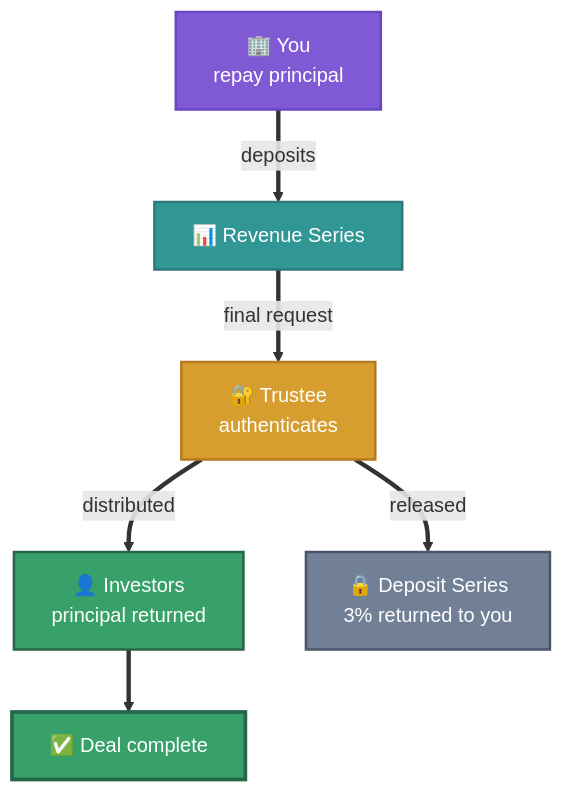
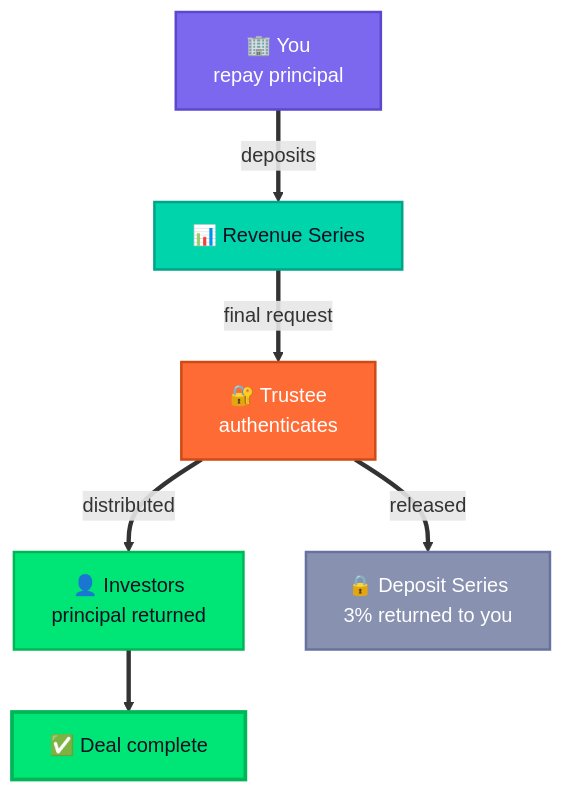
One commit to hrbrlife/sailsto_website changed the sixth of 16 diagrams in hugo-site/content/_index.fr.md. Above: the diagram before and after it, drawn with Mermaid. The commit also changed other lines of this file and 9 other files, not shown here.

```diff
--- a/hugo-site/content/_index.fr.md
+++ b/hugo-site/content/_index.fr.md
@@ -515,20 +515,20 @@
 <div class="mermaid">
 flowchart TD
     YOU["🏢 You&lt;br/&gt;repay principal"]
     REV["📊 Revenue Series"]
     TRU["🔐 Trustee&lt;br/&gt;authenticates"]
     INV["👤 Investors&lt;br/&gt;principal returned"]
     DEP["🔒 Deposit Series&lt;br/&gt;3% returned to you"]
     DONE["✅ Deal complete"]
     YOU ==>|"deposits"| REV
     REV ==>|"final request"| TRU
     TRU ==>|"distributed"| INV
     TRU ==>|"released"| DEP
     INV ==> DONE
-    style YOU fill:#805ad5,color:#fff,stroke:#6b46c1,stroke-width:2px
-    style REV fill:#319795,color:#fff,stroke:#2c7a7b,stroke-width:2px
-    style TRU fill:#d69e2e,color:#fff,stroke:#b7791f,stroke-width:2px
-    style INV fill:#38a169,color:#fff,stroke:#276749,stroke-width:2px
-    style DEP fill:#718096,color:#fff,stroke:#4a5568,stroke-width:2px
-    style DONE fill:#38a169,color:#fff,stroke:#276749,stroke-width:3px
+    style YOU fill:#7B68EE,color:#fff,stroke:#5B48CE,stroke-width:2px
+    style REV fill:#00D4AA,color:#0F0F23,stroke:#00A488,stroke-width:2px
+    style TRU fill:#FF6B35,color:#fff,stroke:#CF4B15,stroke-width:2px
+    style INV fill:#00E676,color:#0F0F23,stroke:#00B656,stroke-width:2px
+    style DEP fill:#8892B0,color:#fff,stroke:#6872A0,stroke-width:2px
+    style DONE fill:#00E676,color:#0F0F23,stroke:#00B656,stroke-width:3px
 </div>
```
